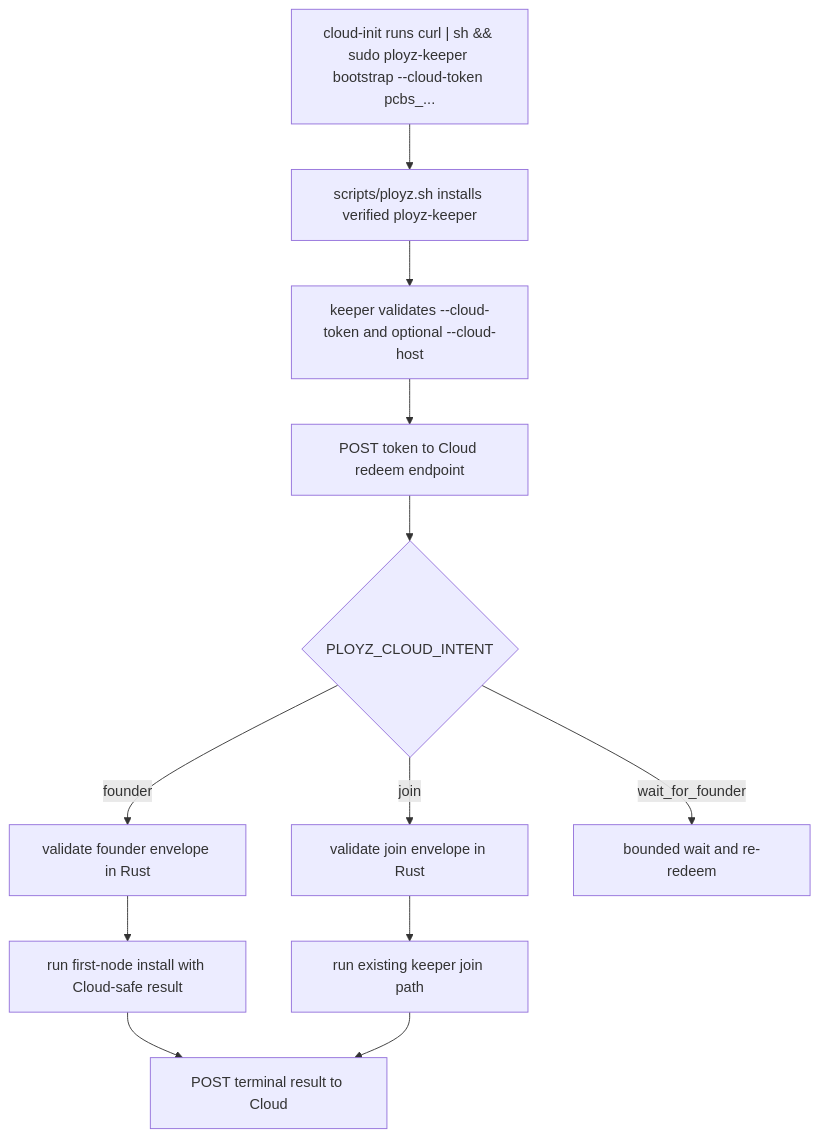
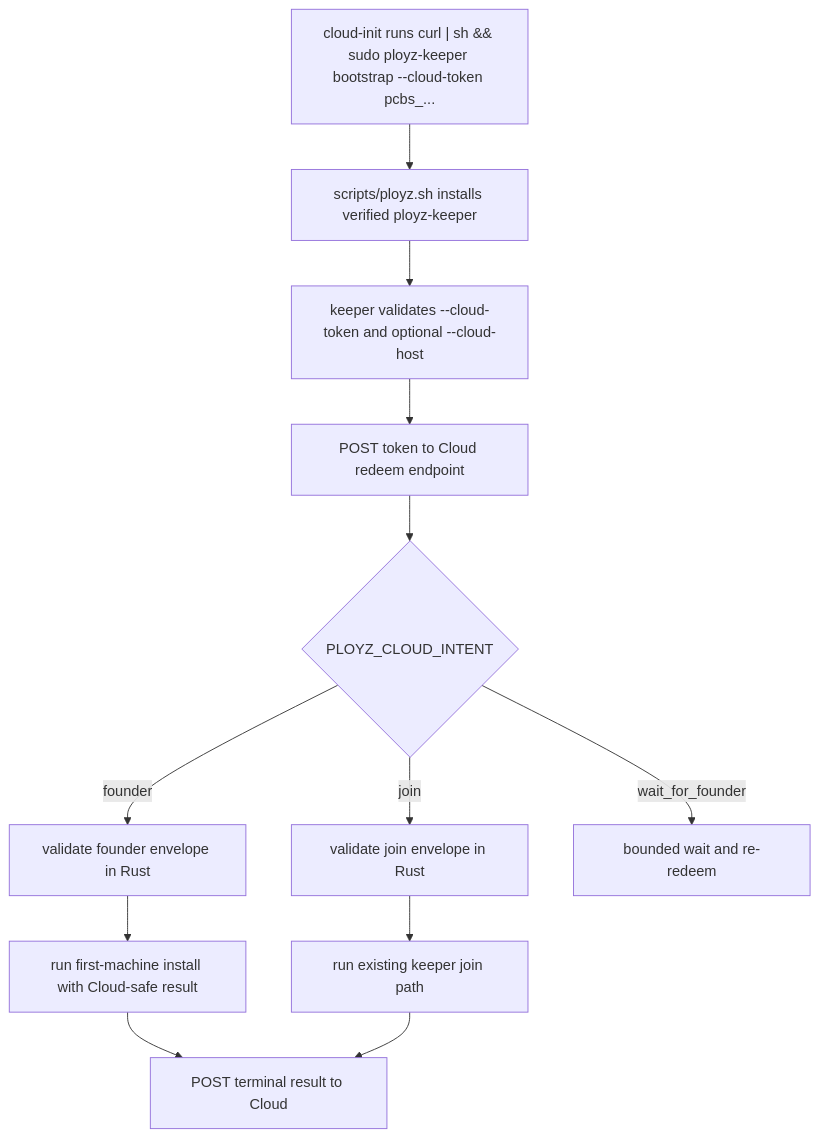
Before and after one commit to getployz/ployz: the second of 5 diagrams in docs/plans/2026-06-26-001-feat-cloud-bootstrap-token-plan.md, drawn with Mermaid. The commit also changed other lines of this file and 201 other files, not shown here.

````diff
--- a/docs/plans/2026-06-26-001-feat-cloud-bootstrap-token-plan.md
+++ b/docs/plans/2026-06-26-001-feat-cloud-bootstrap-token-plan.md
@@ -202,14 +202,14 @@
 ```mermaid
 flowchart TB
   Cmd["cloud-init runs curl | sh && sudo ployz-keeper bootstrap --cloud-token pcbs_..."] --> Shim["scripts/ployz.sh installs verified ployz-keeper"]
   Shim --> KeeperCmd["keeper validates --cloud-token and optional --cloud-host"]
   KeeperCmd --> Redeem["POST token to Cloud redeem endpoint"]
   Redeem --> Envelope{"PLOYZ_CLOUD_INTENT"}
   Envelope -->|founder| FounderEnv["validate founder envelope in Rust"]
   Envelope -->|join| JoinEnv["validate join envelope in Rust"]
   Envelope -->|wait_for_founder| Wait["bounded wait and re-redeem"]
-  FounderEnv --> FirstNode["run first-node install with Cloud-safe result"]
+  FounderEnv --> FirstMachine["run first-machine install with Cloud-safe result"]
   JoinEnv --> Join["run existing keeper join path"]
-  FirstNode --> Callback["POST terminal result to Cloud"]
+  FirstMachine --> Callback["POST terminal result to Cloud"]
   Join --> Callback
 ```
````
